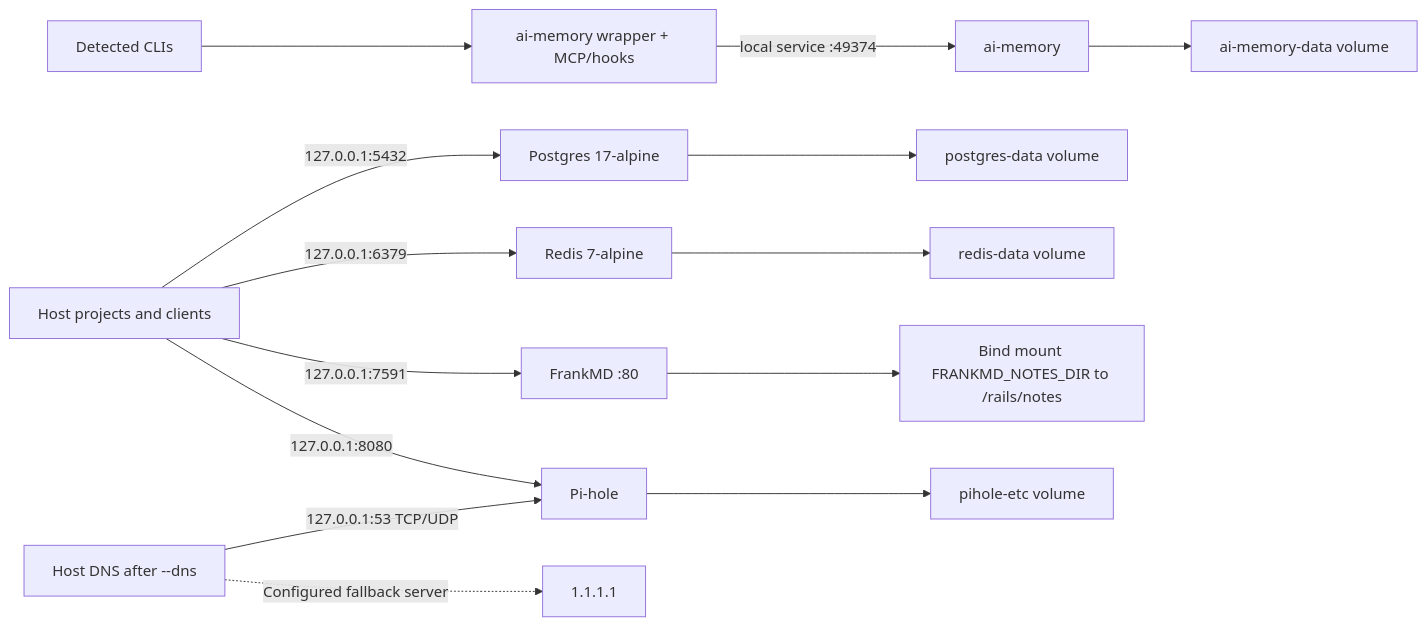
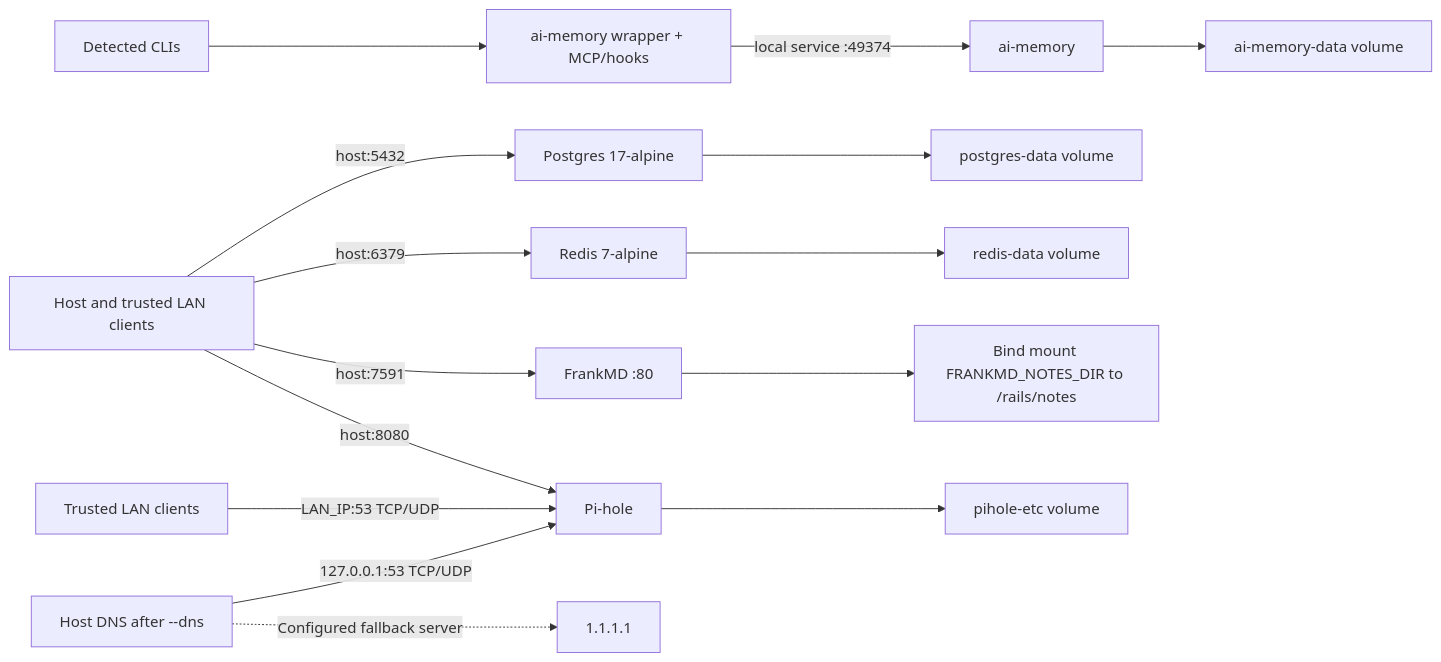
Before and after one commit to KitsuneSemCalda/Dotfiles: the seventh of 8 diagrams in SamsungBook-Np550xda/docs/architecture.md, drawn with Mermaid. The commit also changed other lines of this file and 4 other files, not shown here.

````diff
--- a/SamsungBook-Np550xda/docs/architecture.md
+++ b/SamsungBook-Np550xda/docs/architecture.md
@@ -234,16 +234,17 @@
 ```mermaid
 flowchart LR
-  U["Host projects and clients"] -->|"127.0.0.1:5432"| PG["Postgres 17-alpine"]
-  U -->|"127.0.0.1:6379"| RE["Redis 7-alpine"]
-  U -->|"127.0.0.1:7591"| FM["FrankMD :80"]
+  U["Host and trusted LAN clients"] -->|"host:5432"| PG["Postgres 17-alpine"]
+  U -->|"host:6379"| RE["Redis 7-alpine"]
+  U -->|"host:7591"| FM["FrankMD :80"]
   AG["Detected CLIs"] --> WR["ai-memory wrapper + MCP/hooks"]
   WR -->|"local service :49374"| AI["ai-memory"]
   DNS["Host DNS after --dns"] -->|"127.0.0.1:53 TCP/UDP"| PH["Pi-hole"]
+  LAN["Trusted LAN clients"] -->|"LAN_IP:53 TCP/UDP"| PH
   DNS -.->|"Configured fallback server"| CF["1.1.1.1"]
-  U -->|"127.0.0.1:8080"| PH
+  U -->|"host:8080"| PH
   PG --> PV["postgres-data volume"]
   RE --> RV["redis-data volume"]
   FM --> NV["Bind mount FRANKMD_NOTES_DIR to /rails/notes"]
   AI --> AV["ai-memory-data volume"]
   PH --> HV["pihole-etc volume"]
 ```
````
